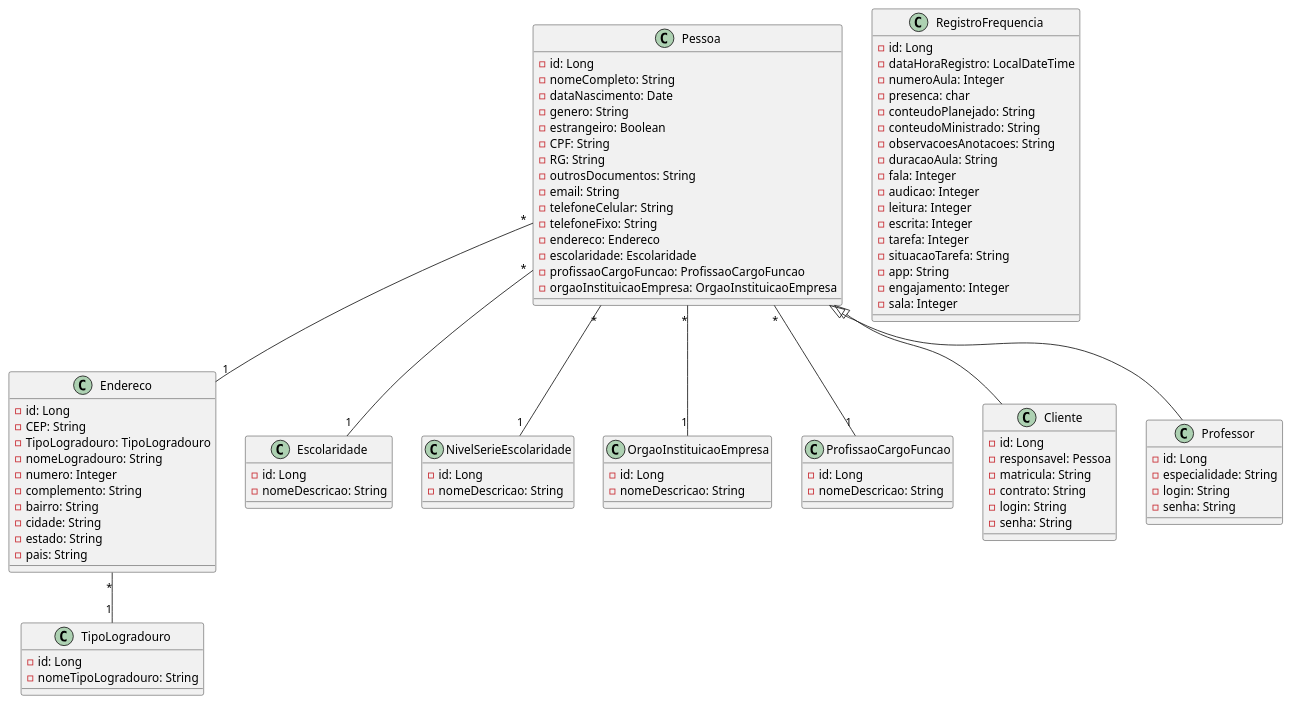
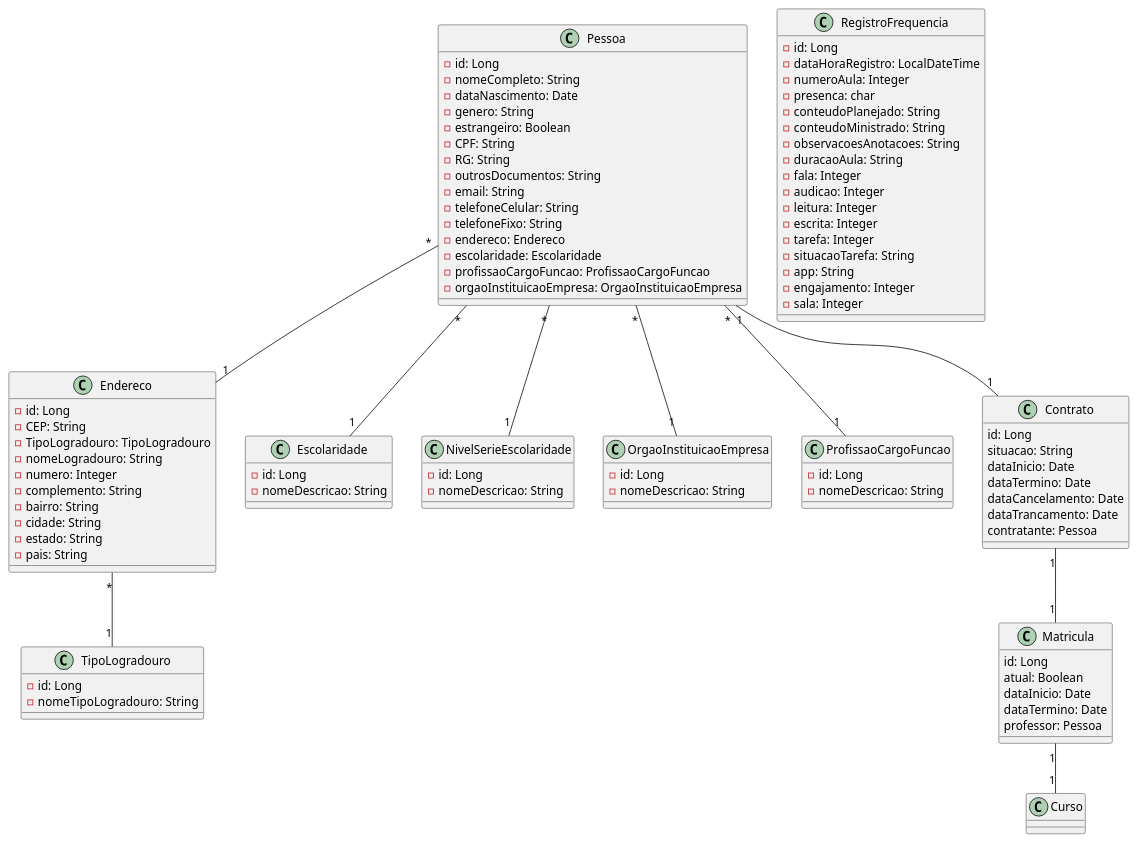
The diagram in docs/diagrams/dc_entidadesPrincipais.puml (Vitor-rs/AgePlan_backend), drawn with PlantUML before and after one commit. The commit also changed 6 other files, not shown here.

```diff
--- a/docs/diagrams/dc_entidadesPrincipais.puml
+++ b/docs/diagrams/dc_entidadesPrincipais.puml
@@ -1,106 +1,116 @@
 @startuml
 
 class Pessoa {
     - id: Long
     - nomeCompleto: String
     - dataNascimento: Date
     - genero: String
     - estrangeiro: Boolean
     - CPF: String
     - RG: String
     - outrosDocumentos: String
     - email: String
     - telefoneCelular: String
     - telefoneFixo: String
     - endereco: Endereco
     - escolaridade: Escolaridade
     - profissaoCargoFuncao: ProfissaoCargoFuncao
     - orgaoInstituicaoEmpresa: OrgaoInstituicaoEmpresa
 }
 
 class Endereco {
     - id: Long
     - CEP: String
     - TipoLogradouro: TipoLogradouro
     - nomeLogradouro: String
     - numero: Integer
     - complemento: String
     - bairro: String
     - cidade: String
     - estado: String
     - pais: String
 }
 
 class TipoLogradouro {
     - id: Long
     - nomeTipoLogradouro: String
 }
 
 class Escolaridade {
     - id: Long
     - nomeDescricao: String
 }
 
 class NivelSerieEscolaridade {
     - id: Long
     - nomeDescricao: String
 }
 
 class OrgaoInstituicaoEmpresa {
     - id: Long
     - nomeDescricao: String
 }
 
 class ProfissaoCargoFuncao {
     - id: Long
     - nomeDescricao: String
 }
 
 class RegistroFrequencia {
     - id: Long
     - dataHoraRegistro: LocalDateTime
     - numeroAula: Integer
     - presenca: char
     - conteudoPlanejado: String
     - conteudoMinistrado: String
     - observacoesAnotacoes: String
     - duracaoAula: String
     - fala: Integer
     - audicao: Integer
     - leitura: Integer
     - escrita: Integer
     - tarefa: Integer
     - situacaoTarefa: String
     - app: String
     - engajamento: Integer
     - sala: Integer
 }
 
 
-class Cliente extends Pessoa {
-    - id: Long
-    - responsavel: Pessoa
-    - matricula: String
-    - contrato: String
-    - login: String
-    - senha: String
+class Contrato {
+    id: Long
+    situacao: String
+    dataInicio: Date
+    dataTermino: Date
+    dataCancelamento: Date
+    dataTrancamento: Date
+    contratante: Pessoa
+
 }
 
-class Professor extends Pessoa {
-    - id: Long
-    - especialidade: String
-    - login: String
-    - senha: String
+class Matricula {
+    id: Long
+    atual: Boolean
+    dataInicio: Date
+    dataTermino: Date
+    professor: Pessoa
 }
 
+
+
+Pessoa "1" -- "1" Contrato
+Contrato "1" -- "1" Matricula
+Matricula "1" -- "1" Curso
 
 
 
 Pessoa "*" -- "1" Endereco
 Pessoa "*" -- "1" Escolaridade
 Pessoa "*" -- "1" NivelSerieEscolaridade
 Pessoa "*" -- "1" ProfissaoCargoFuncao
 Pessoa "*" -- "1" OrgaoInstituicaoEmpresa
 Endereco "*" -- "1" TipoLogradouro
 
+
+
 @enduml
```
